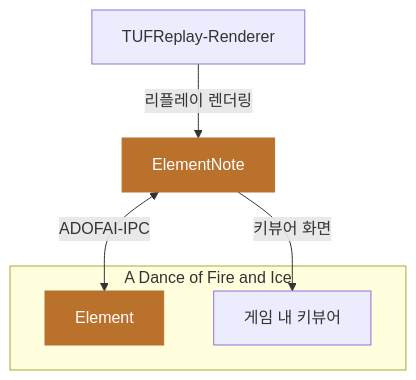
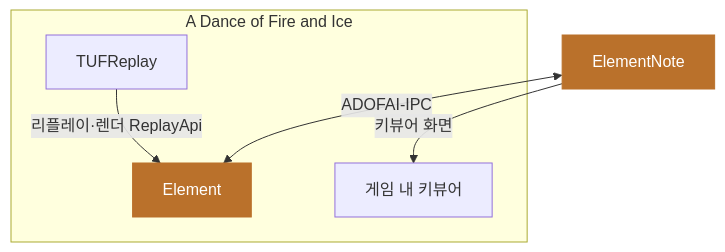
Before and after one commit to KGH1113/Element: the diagram in README.md, drawn with Mermaid. The commit also changed other lines of this file and 16 other files, not shown here.

First line of the commit message:
feat(replays): follow TUFReplay's ReplayApi in the game and in videos

````diff
--- a/README.md
+++ b/README.md
@@ -130,13 +130,14 @@
 ```mermaid
 flowchart TB
-    ren["TUFReplay-Renderer"] -->|리플레이 렌더링| app["ElementNote"]
     subgraph game["A Dance of Fire and Ice"]
+        tr["TUFReplay"]
         mod["Element"]
         view["게임 내 키뷰어"]
     end
-    app <-->|ADOFAI-IPC| mod
+    tr -->|리플레이·렌더 ReplayApi| mod
+    app["ElementNote"] <-->|ADOFAI-IPC| mod
     app -->|키뷰어 화면| view
 
     classDef accent fill:#ba712b,stroke:#ba712b,color:#fff
     class mod,app accent
 ```
````
